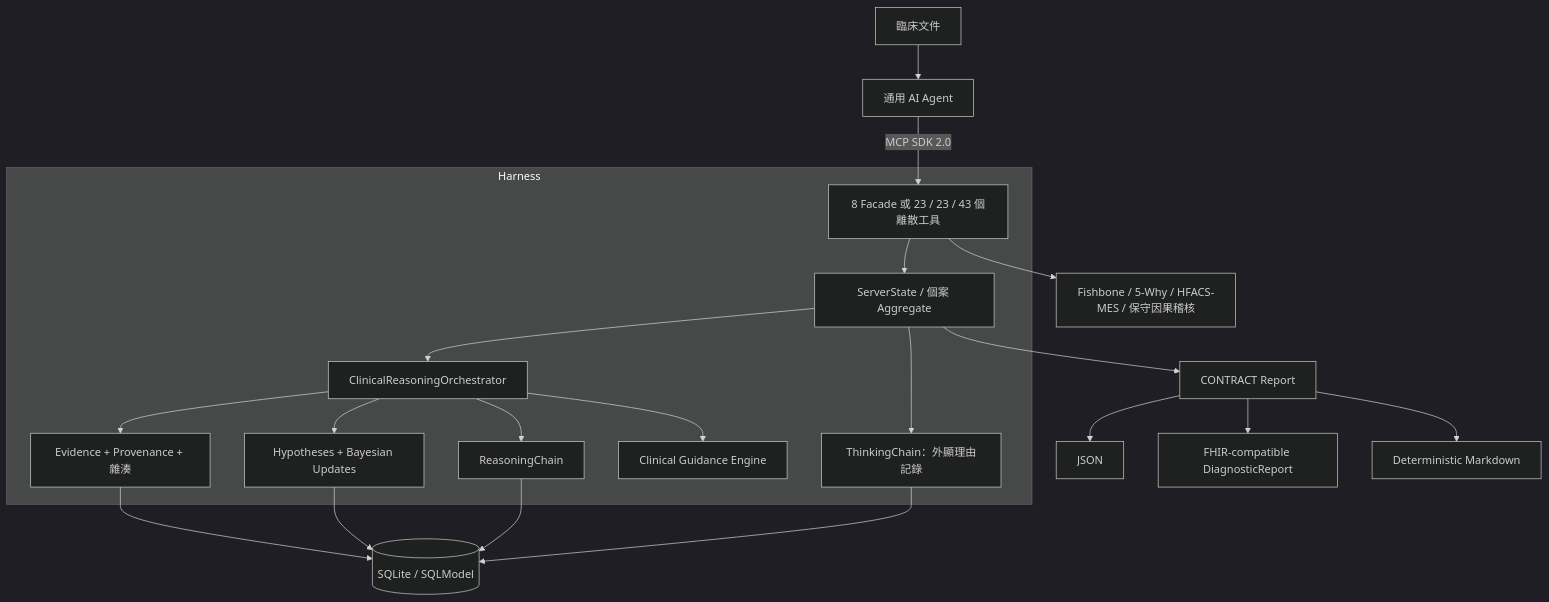
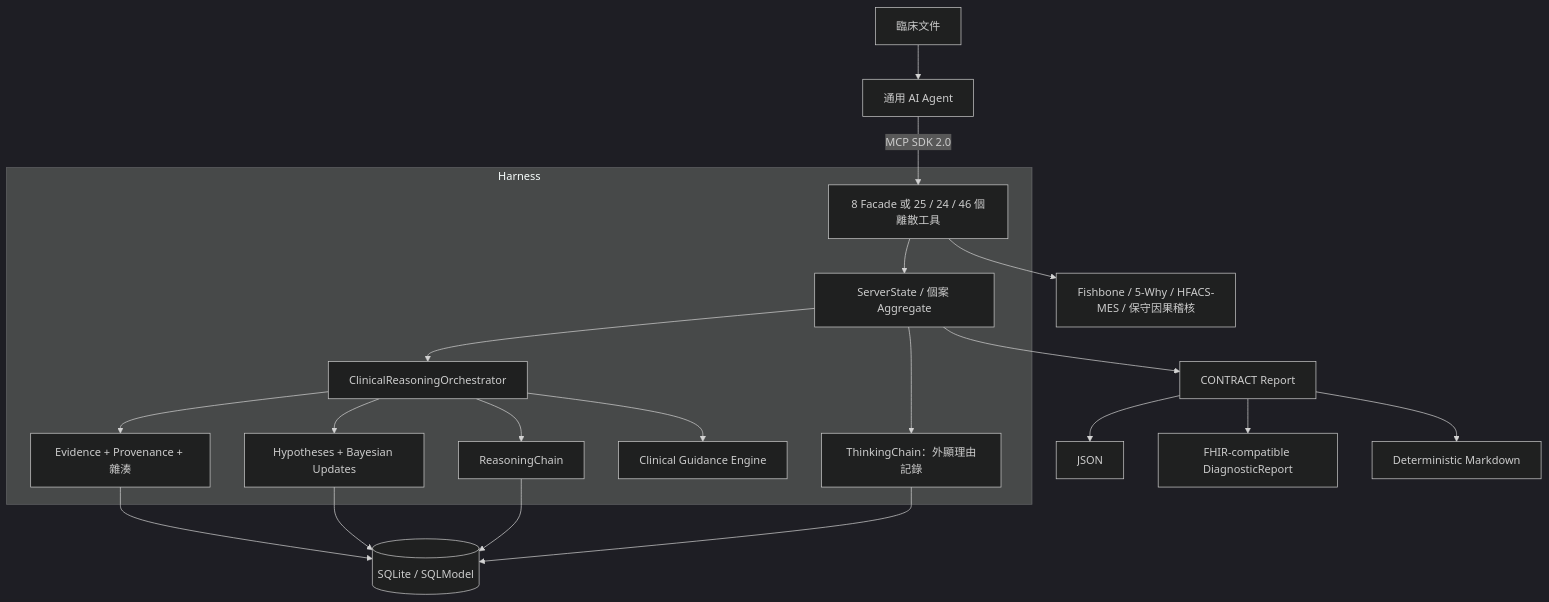
The diagram in README.zh-TW.md (u9401066/rootcause-mcp), drawn with Mermaid (dark theme) before and after one commit. The commit also changed other lines of this file and 23 other files, not shown here.

````diff
--- a/README.zh-TW.md
+++ b/README.zh-TW.md
@@ -115,27 +153,27 @@
 ```mermaid
 graph TB
-    A[通用 AI Agent] -->|MCP SDK 2.0| T[8 Facade 或 23 / 23 / 43 個離散工具]
+    A[通用 AI Agent] -->|MCP SDK 2.0| T[8 Facade 或 25 / 24 / 46 個離散工具]
     D[臨床文件] --> A
 
     subgraph Harness
         T --> S[ServerState / 個案 Aggregate]
         S --> O[ClinicalReasoningOrchestrator]
         O --> E[Evidence + Provenance + 雜湊]
         O --> H[Hypotheses + Bayesian Updates]
         O --> R[ReasoningChain]
         O --> G[Clinical Guidance Engine]
         S --> C[ThinkingChain：外顯理由記錄]
     end
 
     E --> DB[(SQLite / SQLModel)]
     H --> DB
     R --> DB
     C --> DB
 
     S --> CR[CONTRACT Report]
     CR --> J[JSON]
     CR --> F[FHIR-compatible DiagnosticReport]
     CR --> M[Deterministic Markdown]
 
     T --> RCA[Fishbone / 5-Why / HFACS-MES / 保守因果稽核]
 ```
````
